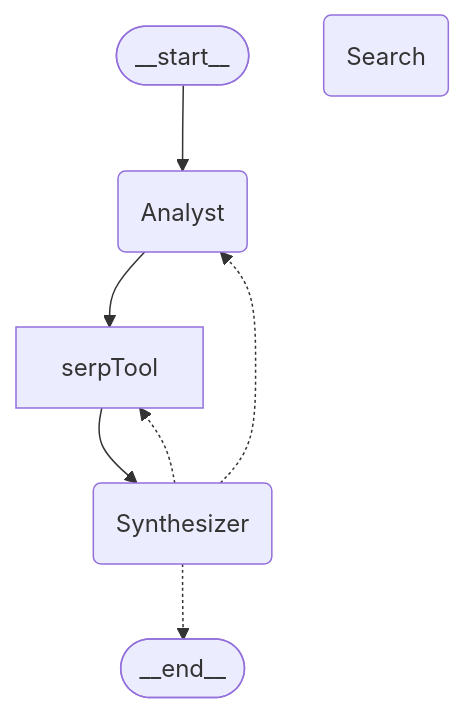
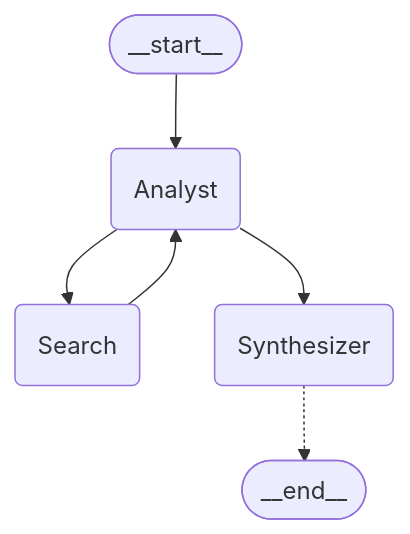
The diagram in README.md (etrobot/swarmPlan2Serp), drawn with Mermaid before and after one commit. The commit also changed other lines of this file, not shown here.

````diff
--- a/README.md
+++ b/README.md
@@ -7,14 +7,13 @@
 ```mermaid
 graph TD;
 	__start__([__start__]):::first
 	plan_agent(Analyst)
 	Search(Search)
 	Synthesizer(Synthesizer)
 	__end__([__end__]):::last
 	__start__ --> plan_agent;
-	plan_agent --> serpTool;
-	serpTool --> Synthesizer;
-	Synthesizer -.-> plan_agent;
-	Synthesizer -.-> serpTool;
+	plan_agent --> Search;
+	Search --> plan_agent;
+	plan_agent --> Synthesizer;
 	Synthesizer -.-> __end__;	
 ```
````
